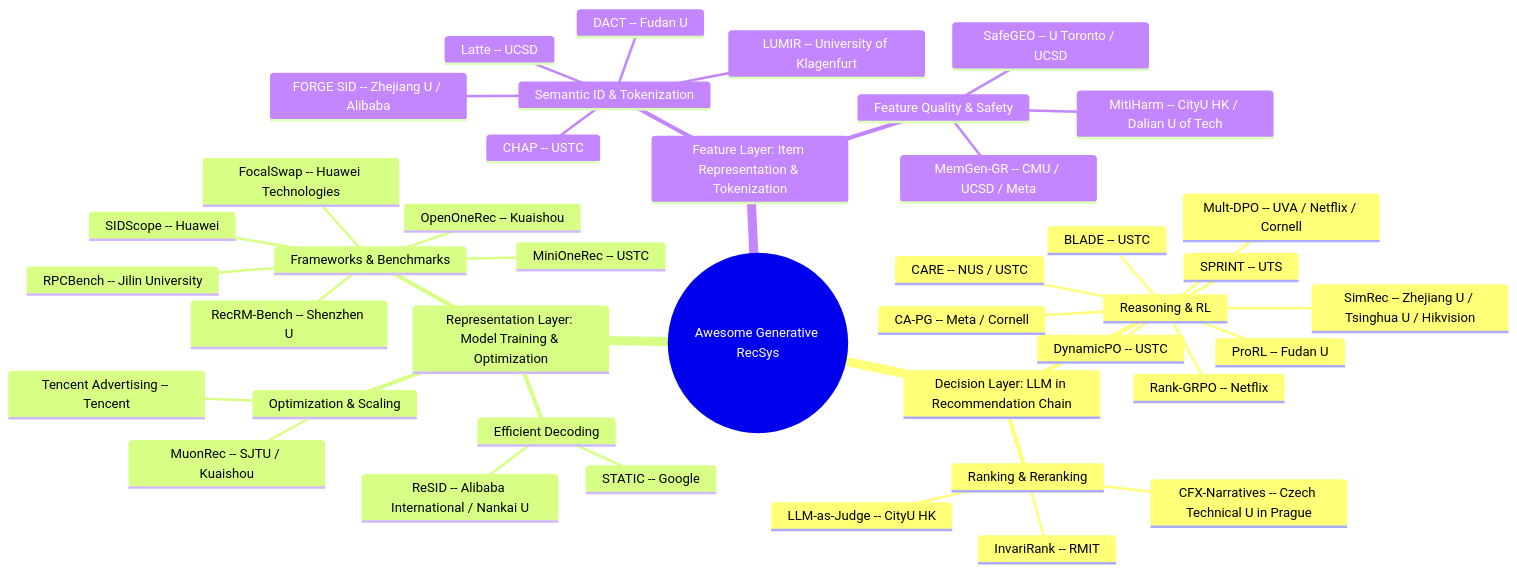
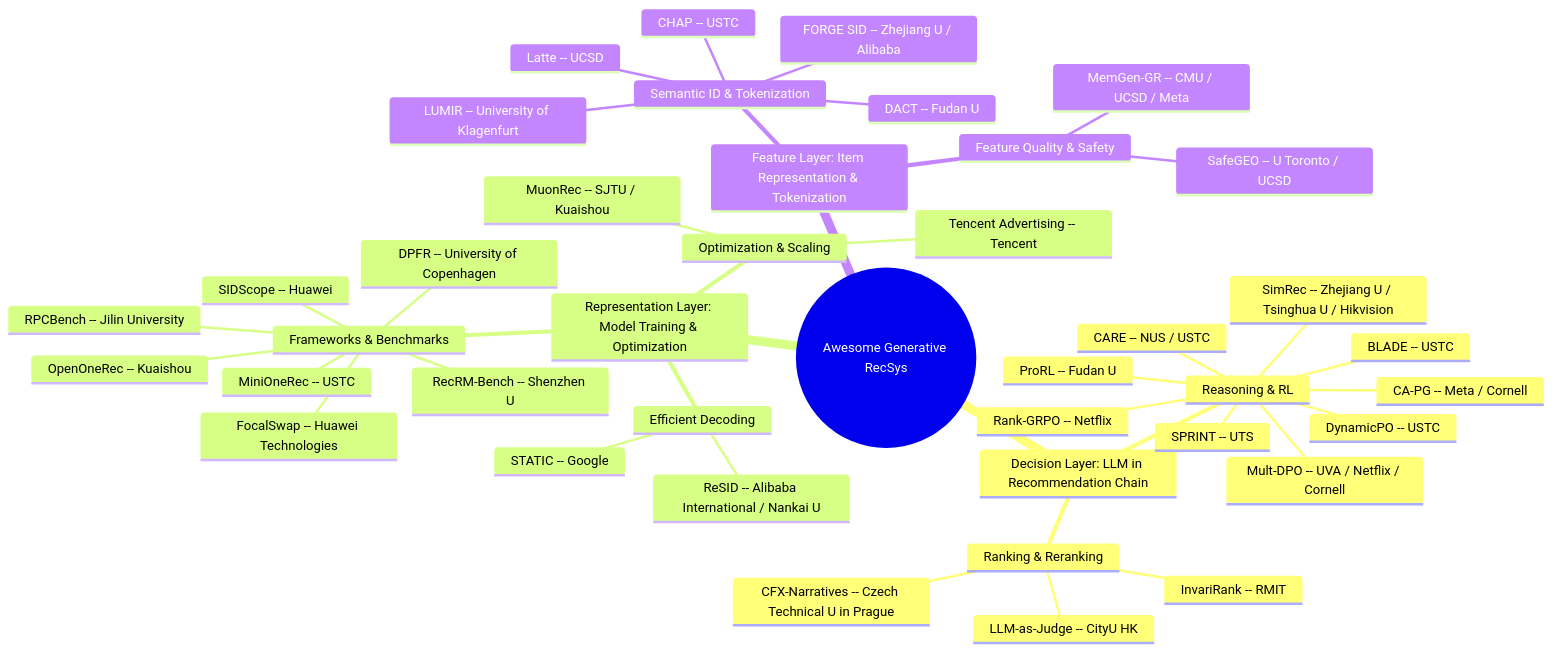
One commit to HaFred/awesome-generative-recsys changed the diagram in README.md. Above: the diagram before and after it, drawn with Mermaid. The commit also changed other lines of this file and 3 other files, not shown here.

````diff
--- a/README.md
+++ b/README.md
@@ -30,44 +30,44 @@
 ```mermaid
 mindmap
   root((Awesome Generative RecSys))
     Decision Layer: LLM in Recommendation Chain
       Reasoning & RL
         Rank-GRPO -- Netflix
         DynamicPO -- USTC
         BLADE -- USTC
         SPRINT -- UTS
         CARE -- NUS / USTC
         Mult-DPO -- UVA / Netflix / Cornell
         CA-PG -- Meta / Cornell
         ProRL -- Fudan U
         SimRec -- Zhejiang U / Tsinghua U / Hikvision
       Ranking & Reranking
         InvariRank -- RMIT
         LLM-as-Judge -- CityU HK
         CFX-Narratives -- Czech Technical U in Prague
     Representation Layer: Model Training & Optimization
       Frameworks & Benchmarks
         MiniOneRec -- USTC
         OpenOneRec -- Kuaishou
         RecRM-Bench -- Shenzhen U
         SIDScope -- Huawei
         RPCBench -- Jilin University
         FocalSwap -- Huawei Technologies
+        DPFR -- University of Copenhagen
       Efficient Decoding
         STATIC -- Google
         ReSID -- Alibaba International / Nankai U
       Optimization & Scaling
         MuonRec -- SJTU / Kuaishou
         Tencent Advertising -- Tencent
     Feature Layer: Item Representation & Tokenization
       Semantic ID & Tokenization
         Latte -- UCSD
         FORGE SID -- Zhejiang U / Alibaba
         DACT -- Fudan U
         CHAP -- USTC
         LUMIR -- University of Klagenfurt
       Feature Quality & Safety
         SafeGEO -- U Toronto / UCSD
         MemGen-GR -- CMU / UCSD / Meta
-        MitiHarm -- CityU HK / Dalian U of Tech
 ```
````
